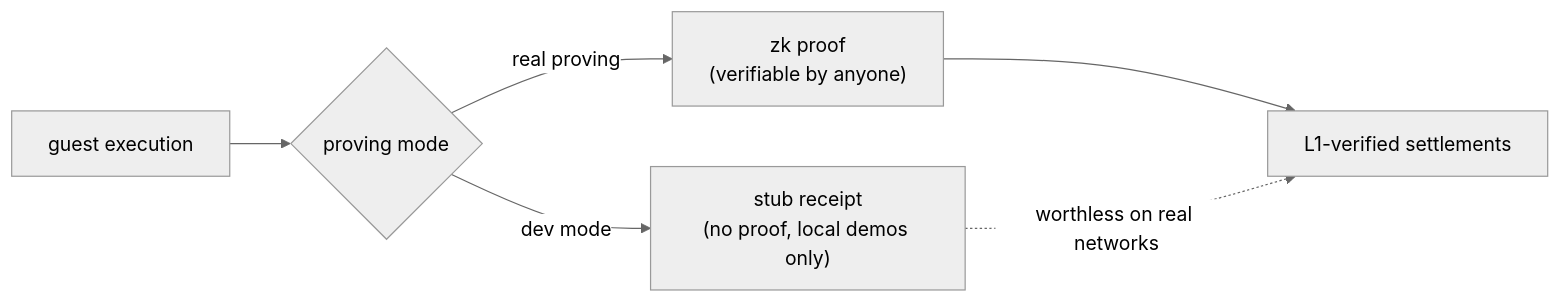
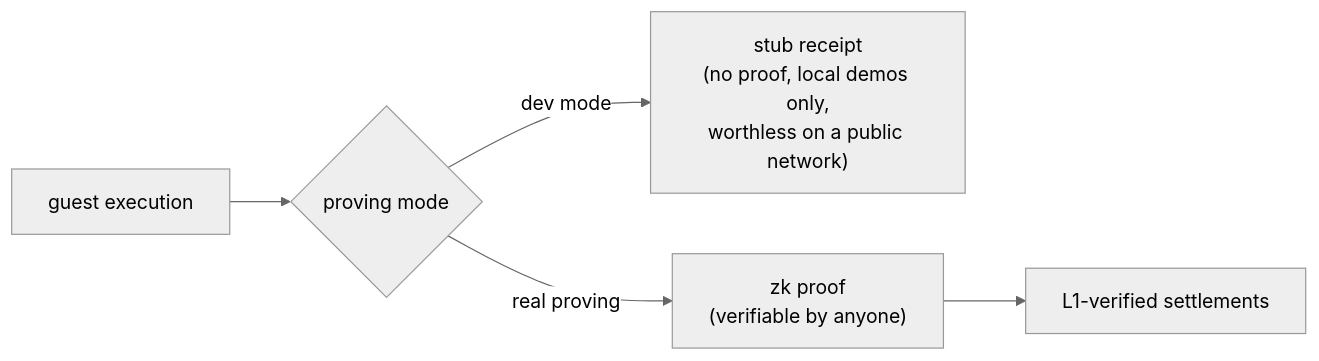
One commit to biryukovmaxim/vprogs-workshop changed the diagram in src/zkvm.md. Above: the diagram before and after it, drawn with Mermaid (neutral theme). The commit also changed other lines of this file and 7 other files, not shown here.

````diff
--- a/src/zkvm.md
+++ b/src/zkvm.md
@@ -17,8 +17,7 @@
 ```mermaid
 flowchart LR
     E["guest execution"] --> Q{"proving mode"}
-    Q -- "dev mode" --> S["stub receipt<br/>(no proof, local demos only)"]
+    Q -- "dev mode" --> S["stub receipt<br/>(no proof, local demos only,<br/>worthless on a public network)"]
     Q -- "real proving" --> R["zk proof<br/>(verifiable by anyone)"]
     R --> V["L1-verified settlements"]
-    S -.->|worthless on real networks| V
 ```
````
